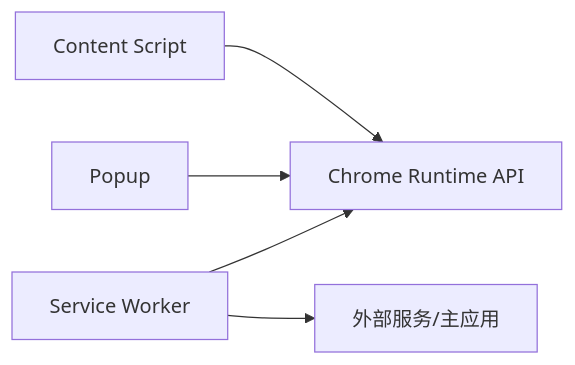
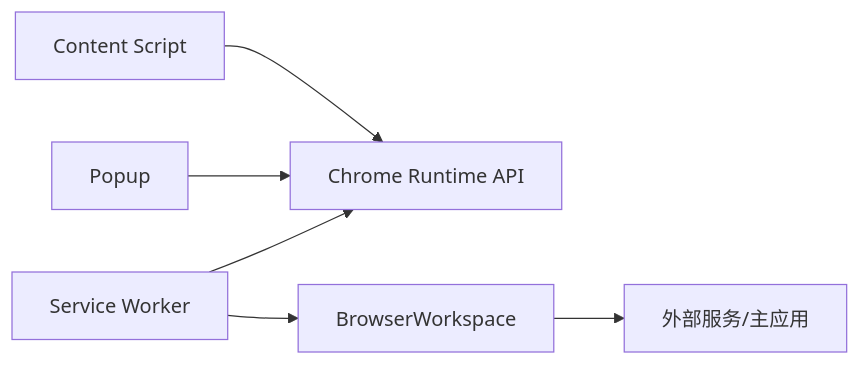
Before and after one commit to iljahofbauer219-lang/yandu: the seventh of 7 diagrams in .qoder/repowiki/zh/content/系统架构/浏览器扩展架构.md, drawn with Mermaid. The commit also changed other lines of this file and 630 other files, not shown here.

````diff
--- a/.qoder/repowiki/zh/content/系统架构/浏览器扩展架构.md
+++ b/.qoder/repowiki/zh/content/系统架构/浏览器扩展架构.md
@@ -267,7 +348,8 @@
 ```mermaid
 graph LR
 CS["Content Script"] --> API["Chrome Runtime API"]
 PU["Popup"] --> API
 SW["Service Worker"] --> API
-SW --> EXT["外部服务/主应用"]
+SW --> BW["BrowserWorkspace"]
+BW --> EXT["外部服务/主应用"]
 ```
````
